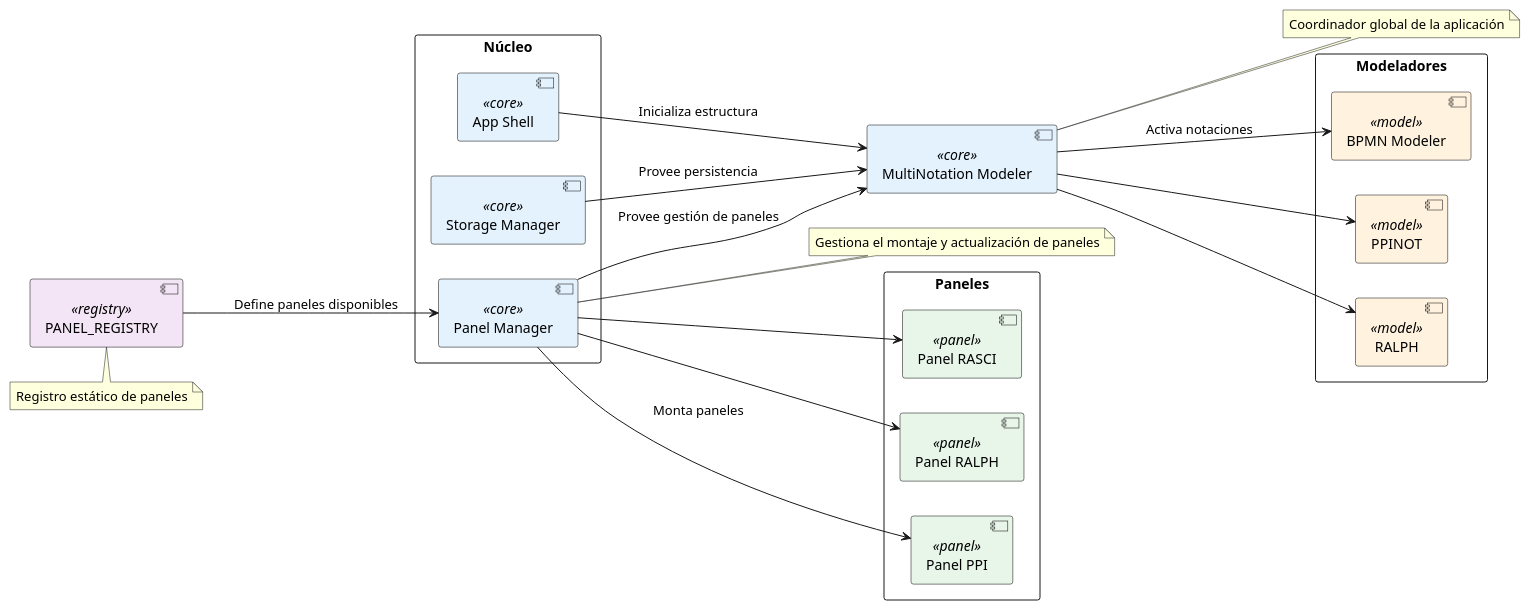
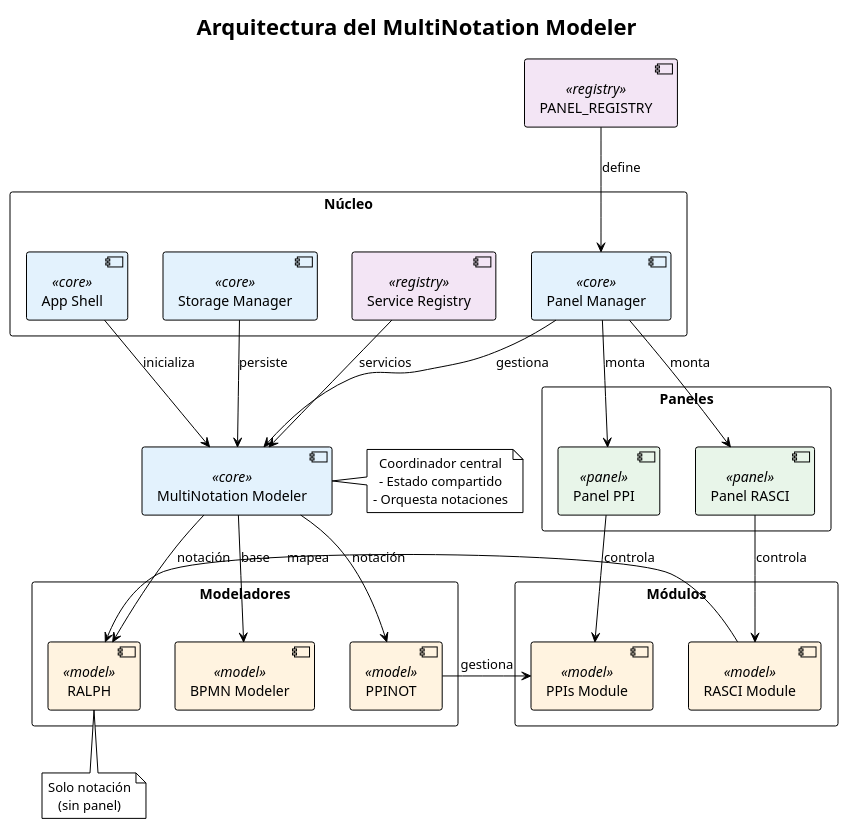
One commit to luciaPG/MultiModeler changed the diagram in docs/arquitectura.puml. Above: the diagram before and after it, drawn with PlantUML. The commit also changed 9 other files, not shown here.

```diff
--- a/docs/arquitectura.puml
+++ b/docs/arquitectura.puml
@@ -2,61 +1,74 @@
 @startuml
-left to right direction
+!theme plain
 skinparam packageStyle rectangle
 skinparam shadowing false
 skinparam defaultTextAlignment center
 skinparam component {
   BackgroundColor<<core>> #E3F2FD
   BackgroundColor<<model>> #FFF3E0
   BackgroundColor<<panel>> #E8F5E9
   BackgroundColor<<registry>> #F3E5F5
   BorderColor black
 }
 
+title Arquitectura del MultiNotation Modeler
+
 package "Núcleo" {
   [App Shell] <<core>>
   [Panel Manager] <<core>>
   [Storage Manager] <<core>>
+  [Service Registry] <<registry>>
 }
 
 [MultiNotation Modeler] <<core>>
 
 package "Modeladores" {
   [BPMN Modeler] <<model>>
   [PPINOT] <<model>>
   [RALPH] <<model>>
 }
 
+package "Módulos" {
+  [PPIs Module] <<model>>
+  [RASCI Module] <<model>>
+}
+
 package "Paneles" {
   [Panel PPI] <<panel>>
   [Panel RASCI] <<panel>>
-  [Panel RALPH] <<panel>>
 }
 
 [PANEL_REGISTRY] <<registry>>
 
 ' Relaciones principales
-[App Shell] --> [MultiNotation Modeler] : Inicializa estructura
-[Panel Manager] --> [MultiNotation Modeler] : Provee gestión de paneles
-[Storage Manager] --> [MultiNotation Modeler] : Provee persistencia
+[App Shell] --> [MultiNotation Modeler] : inicializa
+[Panel Manager] --> [MultiNotation Modeler] : gestiona
+[Storage Manager] --> [MultiNotation Modeler] : persiste
+[Service Registry] --> [MultiNotation Modeler] : servicios
 
-[MultiNotation Modeler] --> [BPMN Modeler] : Activa notaciones
-[MultiNotation Modeler] --> [PPINOT]
-[MultiNotation Modeler] --> [RALPH]
+[MultiNotation Modeler] --> [BPMN Modeler] : base
+[MultiNotation Modeler] --> [PPINOT] : notación
+[MultiNotation Modeler] --> [RALPH] : notación
 
-[Panel Manager] --> [Panel PPI] : Monta paneles
-[Panel Manager] --> [Panel RASCI]
-[Panel Manager] --> [Panel RALPH]
-[PANEL_REGISTRY] --> [Panel Manager] : Define paneles disponibles
+[PPINOT] --> [PPIs Module] : gestiona
+[RASCI Module] --> [RALPH] : mapea
+
+[Panel Manager] --> [Panel PPI] : monta
+[Panel Manager] --> [Panel RASCI] : monta
+[PANEL_REGISTRY] --> [Panel Manager] : define
+
+[Panel PPI] --> [PPIs Module] : controla
+[Panel RASCI] --> [RASCI Module] : controla
 
 note right of [MultiNotation Modeler]
-  Coordinador global de la aplicación
+  Coordinador central
+  - Estado compartido
+  - Orquesta notaciones
 end note
 
-note right of [Panel Manager]
-  Gestiona el montaje y actualización de paneles
+note bottom of [RALPH]
+  Solo notación
+  (sin panel)
 end note
 
-note bottom of [PANEL_REGISTRY]
-  Registro estático de paneles
-end note
 @enduml
```
